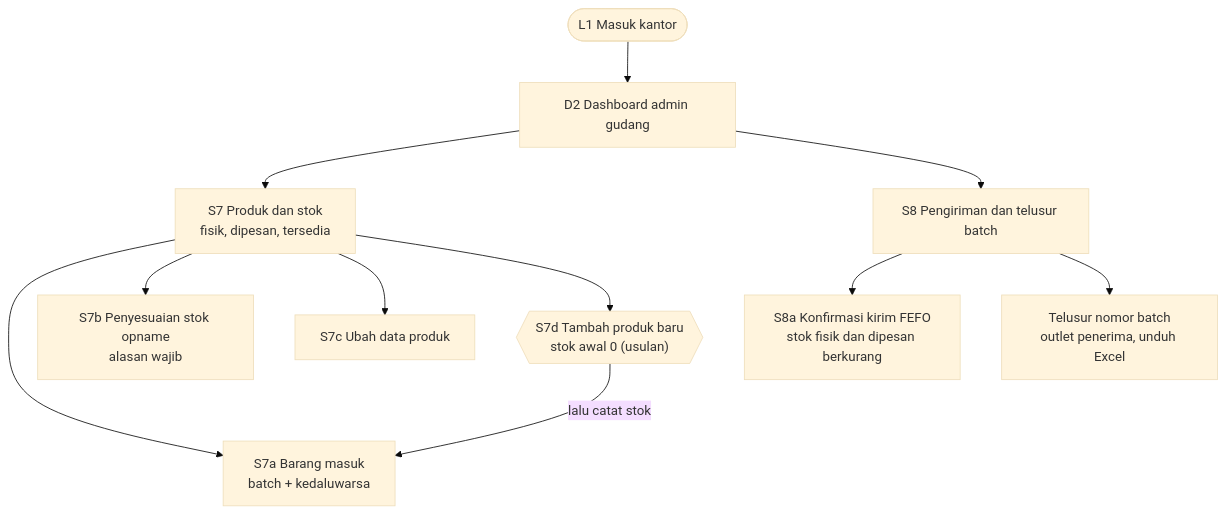
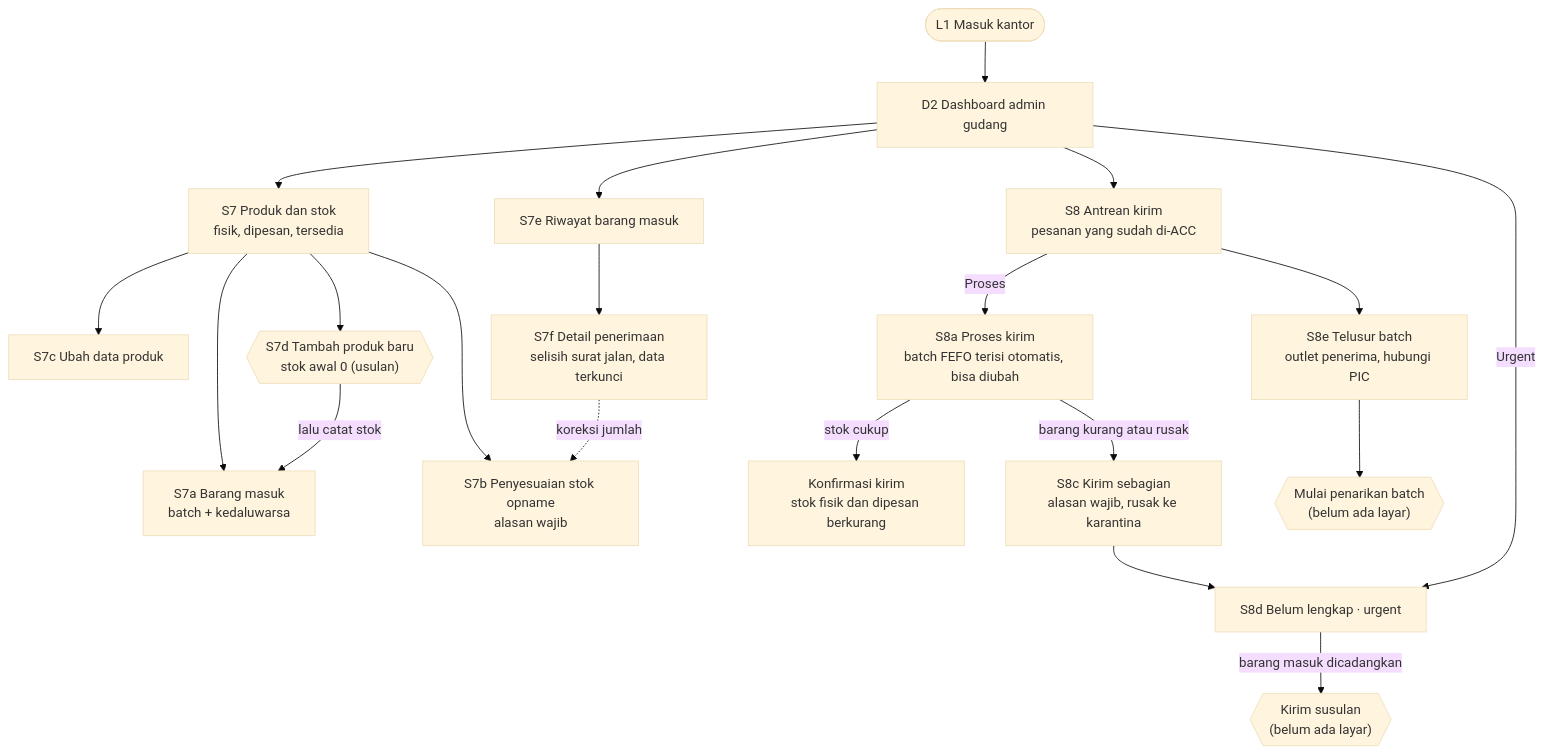
The third of 5 diagrams in proyek/arb-02/user-flow.md (glayOne23/drpps_hackathon_2026), drawn with Mermaid (base theme) before and after one commit. The commit also changed other lines of this file and 2 other files, not shown here.

Commit message:
[feature] alur ACC, kirim sebagian, pembayaran, akun dari figma 5 nov

````diff
--- a/proyek/arb-02/user-flow.md
+++ b/proyek/arb-02/user-flow.md
@@ -57,13 +75,22 @@
 ```mermaid
 flowchart TD
     A([L1 Masuk kantor]) --> B[D2 Dashboard admin gudang]
     B --> C[S7 Produk dan stok<br/>fisik, dipesan, tersedia]
     C --> C1[S7a Barang masuk<br/>batch + kedaluwarsa]
     C --> C2[S7b Penyesuaian stok opname<br/>alasan wajib]
     C --> C3[S7c Ubah data produk]
     C --> C4{{"S7d Tambah produk baru<br/>stok awal 0 (usulan)"}}
     C4 -->|lalu catat stok| C1
-    B --> D[S8 Pengiriman dan telusur batch]
-    D --> D1[S8a Konfirmasi kirim FEFO<br/>stok fisik dan dipesan berkurang]
-    D --> D2[Telusur nomor batch<br/>outlet penerima, unduh Excel]
+    B --> R[S7e Riwayat barang masuk]
+    R --> R1[S7f Detail penerimaan<br/>selisih surat jalan, data terkunci]
+    R1 -. koreksi jumlah .-> C2
+    B --> D[S8 Antrean kirim<br/>pesanan yang sudah di-ACC]
+    D -->|Proses| D1[S8a Proses kirim<br/>batch FEFO terisi otomatis, bisa diubah]
+    D1 -->|stok cukup| OK[Konfirmasi kirim<br/>stok fisik dan dipesan berkurang]
+    D1 -->|barang kurang atau rusak| D2[S8c Kirim sebagian<br/>alasan wajib, rusak ke karantina]
+    D2 --> D3[S8d Belum lengkap · urgent]
+    B -->|Urgent| D3
+    D3 -->|barang masuk dicadangkan| S{{"Kirim susulan<br/>(belum ada layar)"}}
+    D --> T[S8e Telusur batch<br/>outlet penerima, hubungi PIC]
+    T --> T2{{"Mulai penarikan batch<br/>(belum ada layar)"}}
 ```
````
